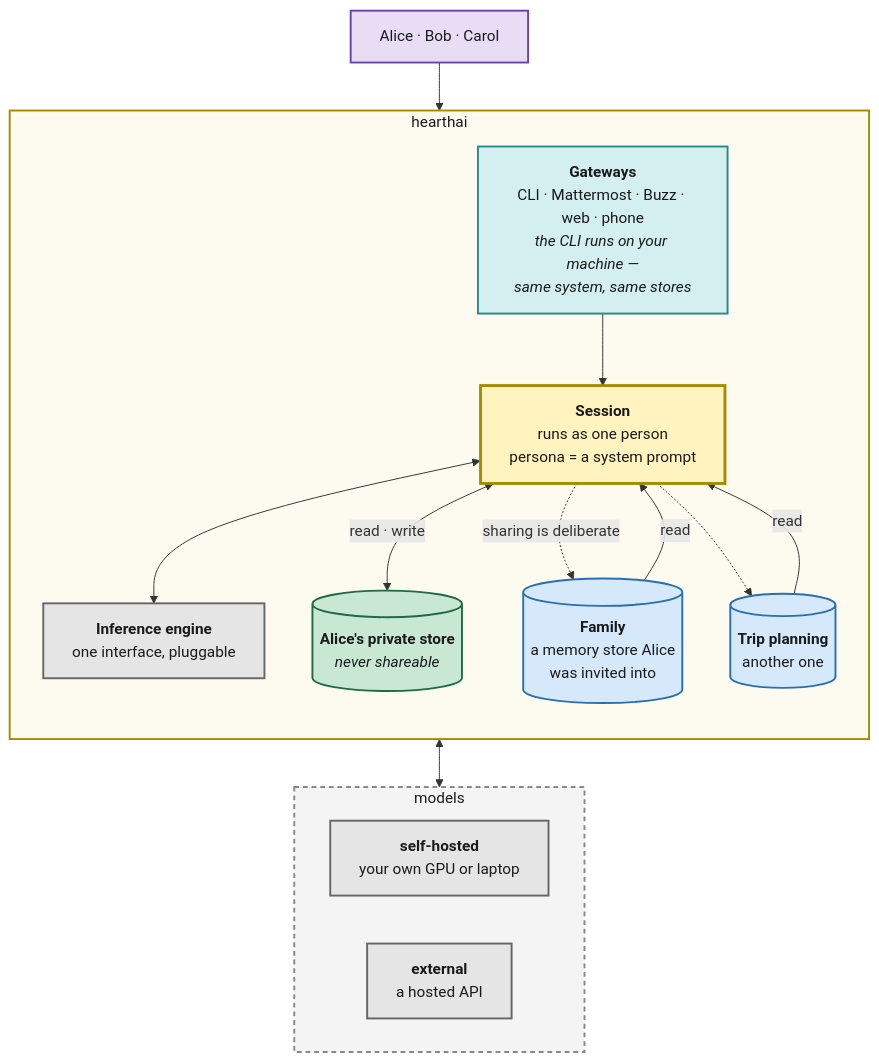
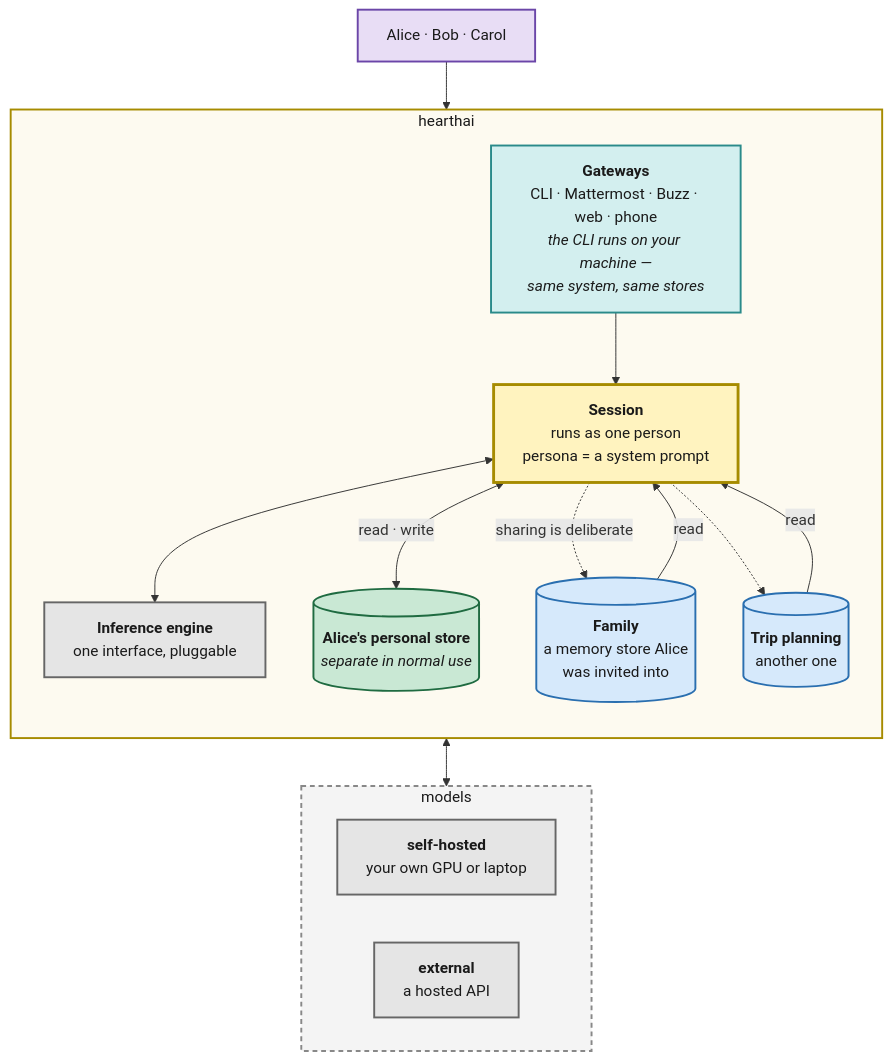
Before and after one commit to jokajak/hearthai: the diagram in README.md, drawn with Mermaid. The commit also changed other lines of this file and 5 other files, not shown here.

````diff
--- a/README.md
+++ b/README.md
@@ -55,40 +56,40 @@
 ```mermaid
 flowchart TB
     U["Alice · Bob · Carol"]:::person
 
     subgraph HAI["hearthai"]
         direction TB
         GW["<b>Gateways</b><br/>CLI · Mattermost · Buzz · web · phone<br/><i>the CLI runs on your machine —<br/>same system, same stores</i>"]:::ui
         CORE["<b>Session</b><br/>runs as one person<br/>persona = a system prompt"]:::core
-        PRIV[("<b>Alice's private store</b><br/><i>never shareable</i>")]:::priv
+        PRIV[("<b>Alice's personal store</b><br/><i>separate in normal use</i>")]:::priv
         SH1[("<b>Family</b><br/>a memory store Alice<br/>was invited into")]:::shared
         SH2[("<b>Trip planning</b><br/>another one")]:::shared
         INF["<b>Inference engine</b><br/>one interface, pluggable"]:::inf
 
         GW --> CORE
         CORE <--> INF
         CORE <-->|"read · write"| PRIV
         SH1 -->|read| CORE
         SH2 -->|read| CORE
         CORE -. "sharing is deliberate" .-> SH1
         CORE -.-> SH2
     end
 
     subgraph MODELS["models"]
         direction LR
         SELF["<b>self-hosted</b><br/>your own GPU or laptop"]:::inf
         EXT["<b>external</b><br/>a hosted API"]:::inf
     end
 
     U --> GW
     INF <--> MODELS
 
     classDef person fill:#e8ddf5,stroke:#6b46a8,stroke-width:2px,color:#1a1a1a
     classDef ui fill:#d3efef,stroke:#2a8a8a,stroke-width:2px,color:#1a1a1a
     classDef core fill:#fff3bf,stroke:#a68b00,stroke-width:3px,color:#1a1a1a
     classDef inf fill:#e5e5e5,stroke:#666666,stroke-width:2px,color:#1a1a1a
     classDef priv fill:#c9e8d4,stroke:#1f6b41,stroke-width:2px,color:#1a1a1a
     classDef shared fill:#d6e9fb,stroke:#2a6fb0,stroke-width:2px,color:#1a1a1a
     style HAI fill:#fdfaf0,stroke:#a68b00,stroke-width:2px,color:#1a1a1a
     style MODELS fill:#f4f4f4,stroke:#888888,stroke-width:2px,stroke-dasharray:5 4,color:#1a1a1a
 ```
````
